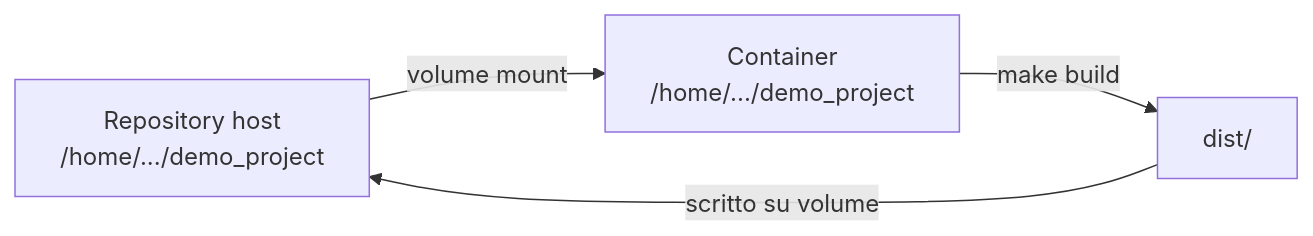
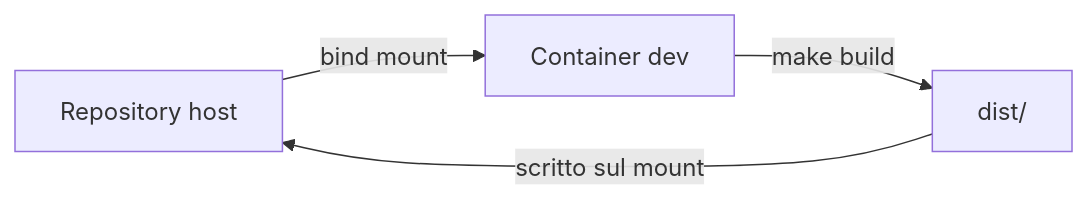
The third of 4 diagrams in implementation/docker.md (sroman0/Thesis_documentation), drawn with Mermaid before and after one commit. The commit also changed other lines of this file and 4 other files, not shown here.

````diff
--- a/implementation/docker.md
+++ b/implementation/docker.md
@@ -119,6 +118,6 @@
 ```mermaid
 flowchart LR
-    H[Repository host<br/>/home/.../demo_project] -- volume mount --> C[Container<br/>/home/.../demo_project]
+    H[Repository host] -- bind mount --> C[Container dev]
     C -- make build --> D[dist/]
-    D -- scritto su volume --> H
+    D -- scritto sul mount --> H
 ```
````
